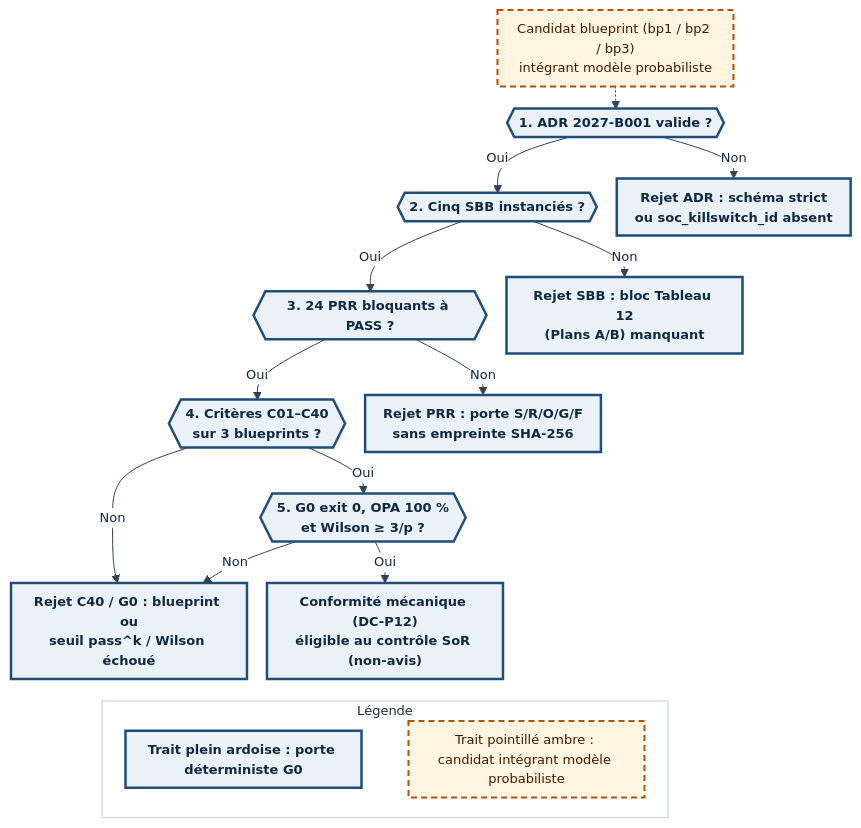
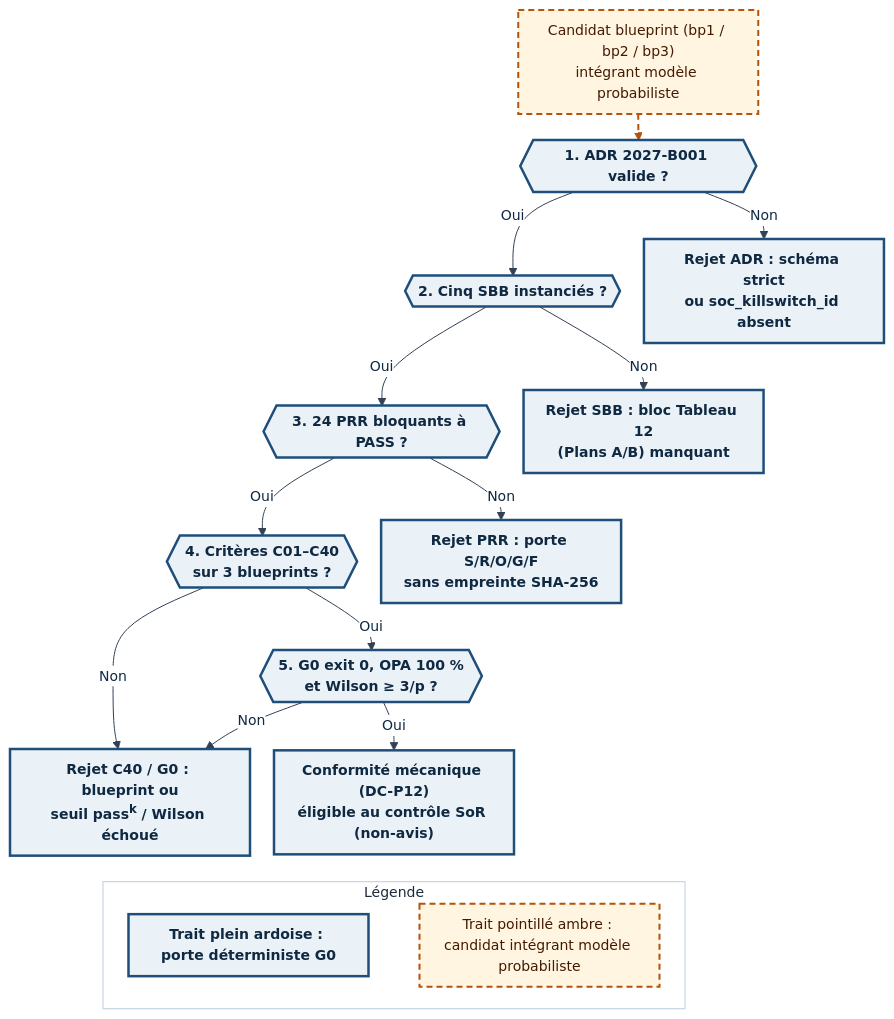
One commit to agbruneau/Agentique changed the diagram in 8 - Manuel/diagrammes/Fig-08.mmd. Above: the diagram before and after it, drawn with Mermaid. The commit also changed 42 other files, not shown here.

```diff
--- a/8 - Manuel/diagrammes/Fig-08.mmd
+++ b/8 - Manuel/diagrammes/Fig-08.mmd
@@ -1,38 +1,39 @@
-%%{init: {'theme': 'base', 'themeVariables': {'fontFamily': 'DejaVu Sans', 'fontSize': '13px', 'lineColor': '#334155', 'edgeLabelBackground': '#FFFFFF', 'primaryTextColor': '#0F2942'}, 'flowchart': {'nodeSpacing': 20, 'rankSpacing': 22, 'padding': 9}}}%%
+%%{init: {'theme': 'base', 'themeVariables': {'fontFamily': 'DejaVu Sans', 'fontSize': '14px', 'lineColor': '#334155', 'edgeLabelBackground': '#FFFFFF', 'primaryTextColor': '#0F2942'}, 'themeCSS': '.edgeLabel, .edgeLabel rect, .edgeLabel span, .labelBkg { background-color: #ffffff !important; fill: #ffffff !important; opacity: 1 !important; padding: 2px 5px !important; }', 'flowchart': {'nodeSpacing': 24, 'rankSpacing': 26, 'padding': 10}}}%%
 flowchart TD
   CAND["Candidat blueprint (bp1 / bp2 / bp3)<br/>intégrant modèle probabiliste"]:::prob
   G_ADR{{"1. ADR 2027-B001 valide ?"}}:::det
   G_SBB{{"2. Cinq SBB instanciés ?"}}:::det
   G_PRR{{"3. 24 PRR bloquants à PASS ?"}}:::det
   G_C40{{"4. Critères C01–C40<br/>sur 3 blueprints ?"}}:::det
   G_G0{{"5. G0 exit 0, OPA 100 %<br/>et Wilson ≥ 3/p ?"}}:::det
 
   REJ_ADR["Rejet ADR : schéma strict<br/>ou soc_killswitch_id absent"]:::det
   REJ_SBB["Rejet SBB : bloc Tableau 12<br/>(Plans A/B) manquant"]:::det
   REJ_PRR["Rejet PRR : porte S/R/O/G/F<br/>sans empreinte SHA-256"]:::det
-  REJ_C40["Rejet C40 / G0 : blueprint ou<br/>seuil pass^k / Wilson échoué"]:::det
+  REJ_C40["Rejet C40 / G0 : blueprint ou<br/>seuil pass<sup>k</sup> / Wilson échoué"]:::det
   GO["Conformité mécanique (DC-P12)<br/>éligible au contrôle SoR (non-avis)"]:::det
 
   subgraph LEG["Légende"]
     direction LR
     L_DET["Trait plein ardoise : porte déterministe G0"]:::det
     L_PROB["Trait pointillé ambre : candidat intégrant modèle probabiliste"]:::prob
     L_DET ~~~ L_PROB
   end
 
   CAND -.-> G_ADR
   G_ADR -->|Oui| G_SBB
   G_ADR -->|Non| REJ_ADR
   G_SBB -->|Oui| G_PRR
   G_SBB -->|Non| REJ_SBB
   G_PRR -->|Oui| G_C40
   G_PRR -->|Non| REJ_PRR
   G_C40 -->|Oui| G_G0
   G_C40 -->|Non| REJ_C40
   G_G0 -->|Oui| GO
   G_G0 -->|Non| REJ_C40
   GO ~~~ L_DET
 
   classDef det fill:#EBF2F7,stroke:#1E4E79,stroke-width:2.5px,color:#0F2942,font-weight:bold
   classDef prob fill:#FFF5E0,stroke:#B45309,stroke-width:2px,stroke-dasharray:6 4,color:#451A03
   style LEG fill:#FFFFFF,stroke:#CBD5E1,stroke-width:1.2px,color:#1E293B
+  linkStyle 1 stroke:#B45309,stroke-width:2px,stroke-dasharray:6 4
```
